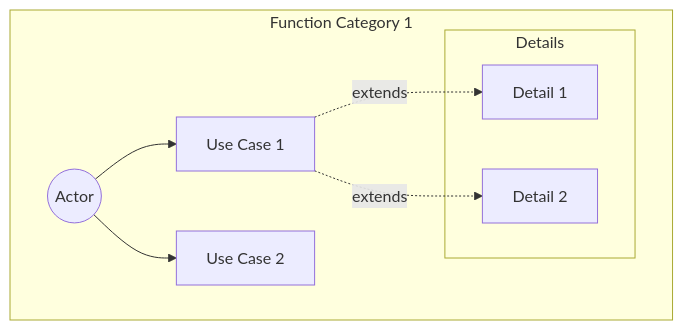
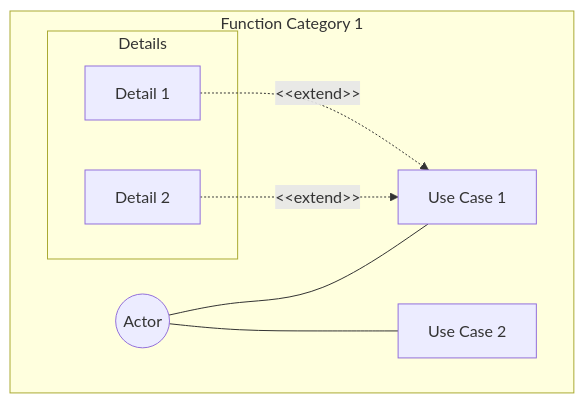
Before and after one commit to ToshikiImagawa/ai-sdd-workflow: the second of 4 diagrams in plugins/sdd-workflow/skills/generate-prd/templates/en/prd_template.md, drawn with Mermaid. The commit also changed other lines of this file and 48 other files, not shown here.

First line of the commit message:
v3.0.1: Mermaid記法のUML標準準拠とsdd-init設定管理機能の追加 (#35)

````diff
--- a/plugins/sdd-workflow/skills/generate-prd/templates/en/prd_template.md
+++ b/plugins/sdd-workflow/skills/generate-prd/templates/en/prd_template.md
@@ -88,18 +88,18 @@
 ```mermaid
 graph TB
     subgraph "Function Category 1"
         Actor((Actor))
         UseCase1[Use Case 1]
         UseCase2[Use Case 2]
 
         subgraph "Details"
             Detail1[Detail 1]
             Detail2[Detail 2]
         end
     end
 
-    Actor --> UseCase1
-    Actor --> UseCase2
-    UseCase1 -. extends .-> Detail1
-    UseCase1 -. extends .-> Detail2
+    Actor --- UseCase1
+    Actor --- UseCase2
+    Detail1 -.->|"&lt;&lt;extend&gt;&gt;"| UseCase1
+    Detail2 -.->|"&lt;&lt;extend&gt;&gt;"| UseCase1
 ```
````
